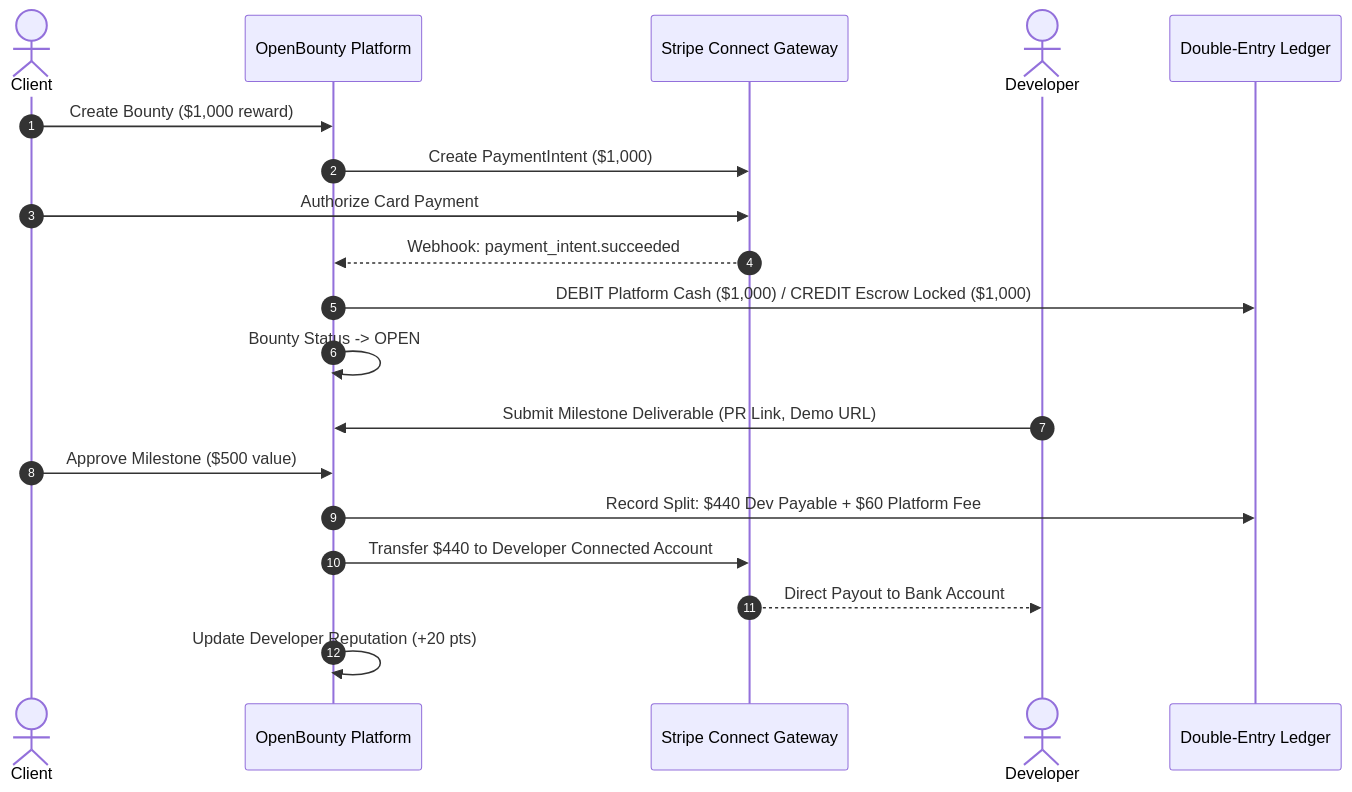
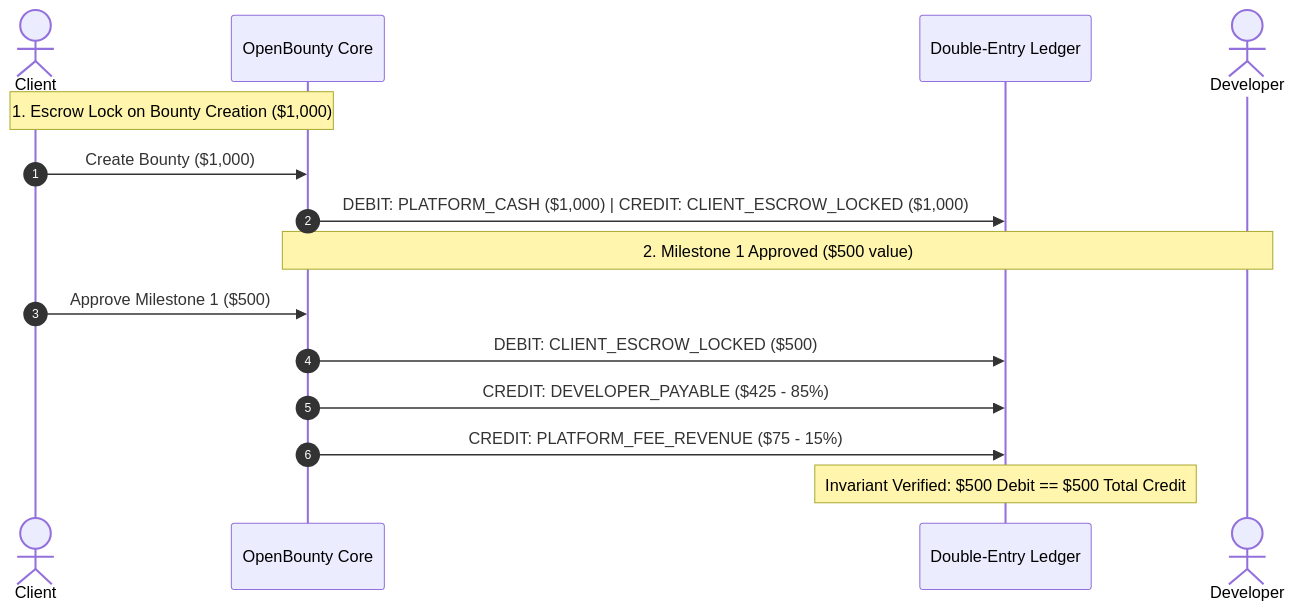
Before and after one commit to gargnikunj991-ux/OpenBounty: the diagram in DEVELOPMENT_TO_LAUNCH_GUIDE.md, drawn with Mermaid. The commit also changed other lines of this file and 4 other files, not shown here.

````diff
--- a/DEVELOPMENT_TO_LAUNCH_GUIDE.md
+++ b/DEVELOPMENT_TO_LAUNCH_GUIDE.md
@@ -82,23 +70,19 @@
 ```mermaid
 sequenceDiagram
     autonumber
     actor Client
-    participant OpenBounty as OpenBounty Platform
-    participant Stripe as Stripe Connect Gateway
+    participant OpenBounty as OpenBounty Core
+    participant Ledger as Double-Entry Ledger
     actor Developer
-    participant Ledger as Double-Entry Ledger
 
-    Client->>OpenBounty: Create Bounty ($1,000 reward)
-    OpenBounty->>Stripe: Create PaymentIntent ($1,000)
-    Client->>Stripe: Authorize Card Payment
-    Stripe-->>OpenBounty: Webhook: payment_intent.succeeded
-    OpenBounty->>Ledger: DEBIT Platform Cash ($1,000) / CREDIT Escrow Locked ($1,000)
-    OpenBounty->>OpenBounty: Bounty Status -> OPEN
-
-    Developer->>OpenBounty: Submit Milestone Deliverable (PR Link, Demo URL)
-    Client->>OpenBounty: Approve Milestone ($500 value)
-    OpenBounty->>Ledger: Record Split: $440 Dev Payable + $60 Platform Fee
-    OpenBounty->>Stripe: Transfer $440 to Developer Connected Account
-    Stripe-->>Developer: Direct Payout to Bank Account
-    OpenBounty->>OpenBounty: Update Developer Reputation (+20 pts)
+    Note over Client,OpenBounty: 1. Escrow Lock on Bounty Creation ($1,000)
+    Client->>OpenBounty: Create Bounty ($1,000)
+    OpenBounty->>Ledger: DEBIT: PLATFORM_CASH ($1,000) | CREDIT: CLIENT_ESCROW_LOCKED ($1,000)
+    
+    Note over OpenBounty,Developer: 2. Milestone 1 Approved ($500 value)
+    Client->>OpenBounty: Approve Milestone 1 ($500)
+    OpenBounty->>Ledger: DEBIT: CLIENT_ESCROW_LOCKED ($500)
+    OpenBounty->>Ledger: CREDIT: DEVELOPER_PAYABLE ($425 - 85%)
+    OpenBounty->>Ledger: CREDIT: PLATFORM_FEE_REVENUE ($75 - 15%)
+    Note over Ledger: Invariant Verified: $500 Debit == $500 Total Credit
 ```
````
